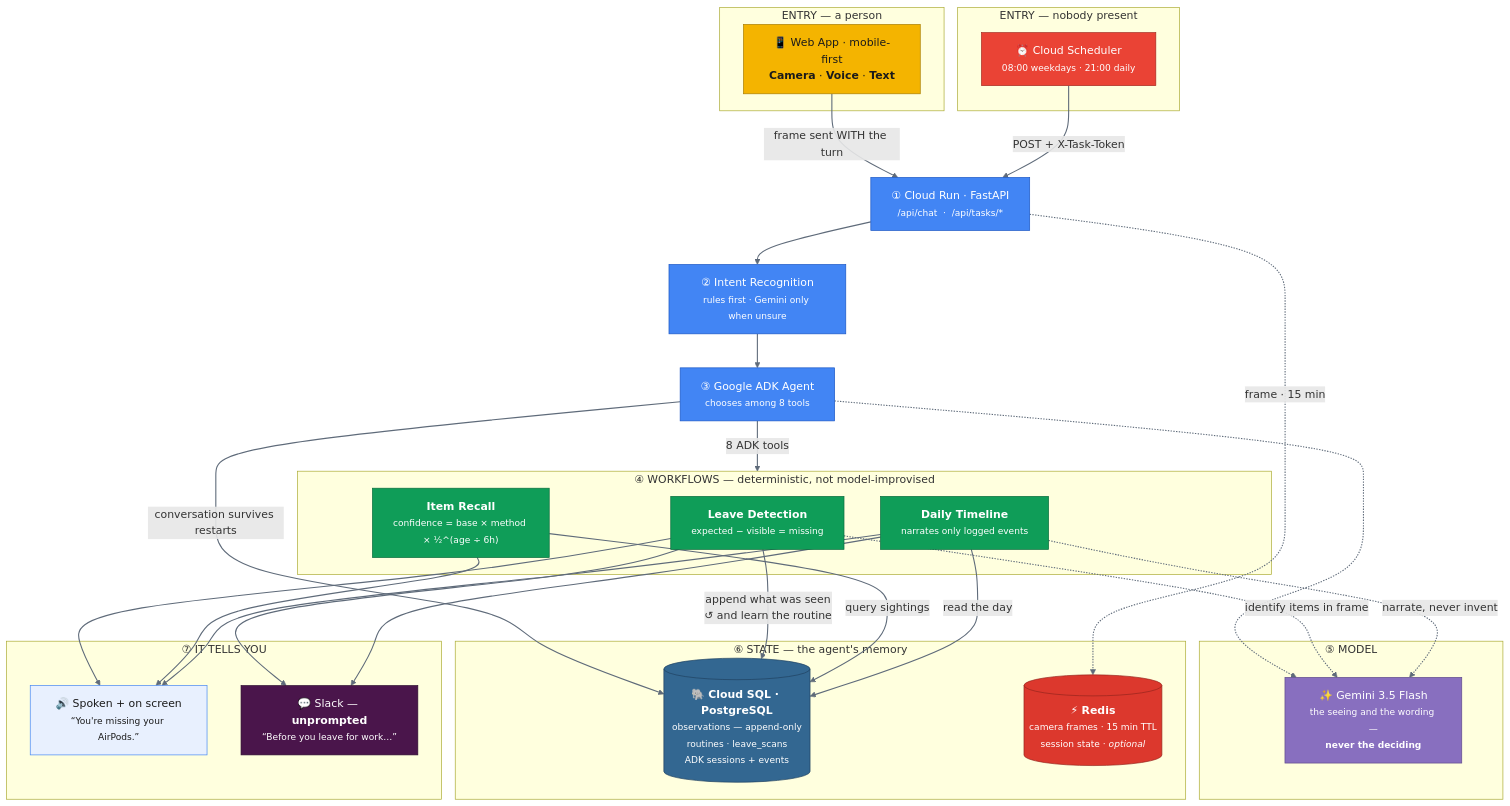
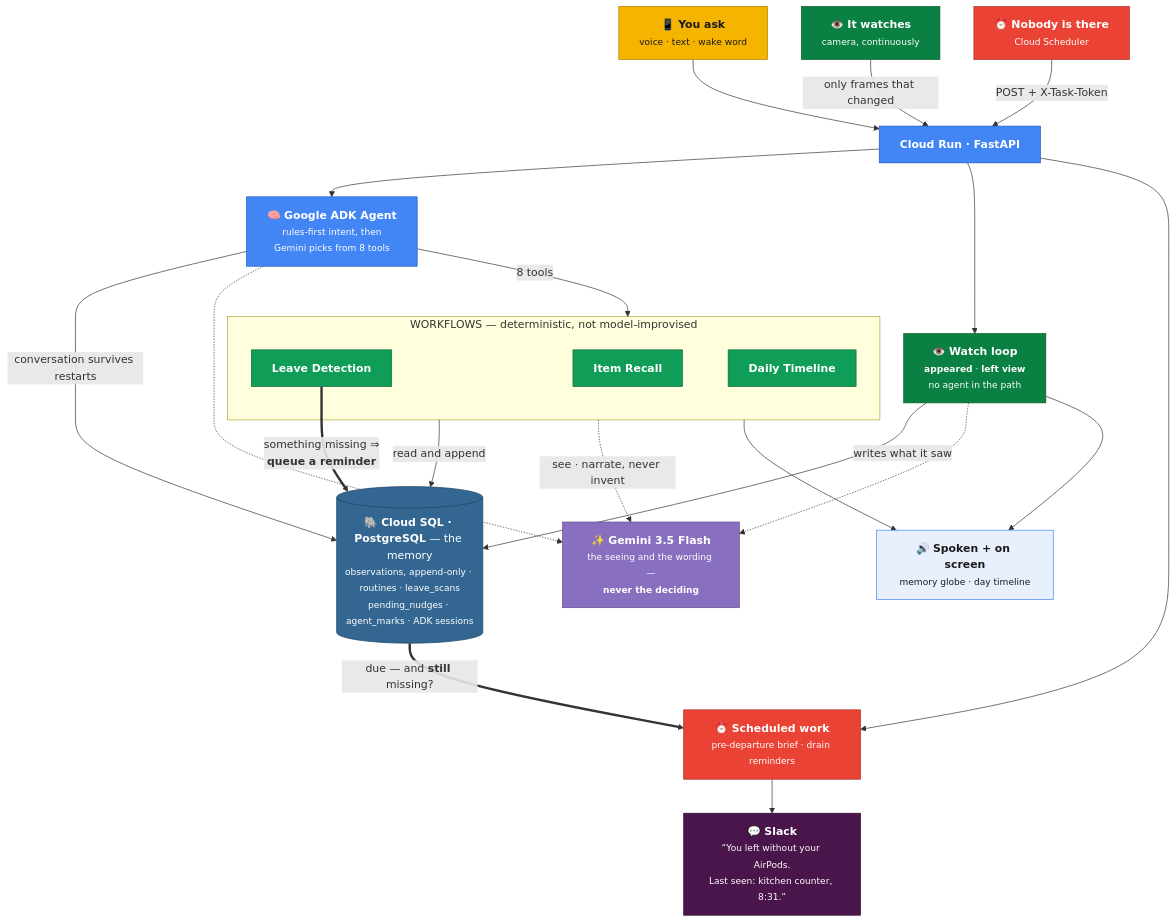
The diagram in docs/architecture.mmd (TheGh0xt/Omnistant), drawn with Mermaid before and after one commit. The commit also changed 5 other files, not shown here.

First line of the commit message:
docs: rewrite the submission and redraw both diagrams for what now exists

```diff
--- a/docs/architecture.mmd
+++ b/docs/architecture.mmd
@@ -1,72 +1,71 @@
 graph TD
-    subgraph IN["ENTRY — a person"]
-        UI["📱 Web App · mobile-first<br/><b>Camera</b> · <b>Voice</b> · <b>Text</b>"]
-    end
-    subgraph AUTO["ENTRY — nobody present"]
-        SCHED["⏰ Cloud Scheduler<br/><small>08:00 weekdays · 21:00 daily</small>"]
+    %% ═══════════ THREE WAYS IN ═══════════
+    UI["📱 <b>You ask</b><br/><small>voice · text · wake word</small>"]
+    CAM["👁️ <b>It watches</b><br/><small>camera, continuously</small>"]
+    SCHED["⏰ <b>Nobody is there</b><br/><small>Cloud Scheduler</small>"]
+
+    API["<b>Cloud Run · FastAPI</b>"]
+
+    %% ═══════════ THREE PATHS ═══════════
+    ADK["🧠 <b>Google ADK Agent</b><br/><small>rules-first intent, then<br/>Gemini picks from 8 tools</small>"]
+    WATCH["👁️ <b>Watch loop</b><br/><small><b>appeared</b> · <b>left view</b><br/>no agent in the path</small>"]
+    TASKS["⏰ <b>Scheduled work</b><br/><small>pre-departure brief · drain reminders</small>"]
+
+    subgraph WF["WORKFLOWS — deterministic, not model-improvised"]
+        W1["<b>Leave Detection</b>"]
+        W2["<b>Item Recall</b>"]
+        W3["<b>Daily Timeline</b>"]
     end
 
-    API["① Cloud Run · FastAPI<br/><small>/api/chat &nbsp;·&nbsp; /api/tasks/*</small>"]
-    INTENT["② Intent Recognition<br/><small>rules first · Gemini only when unsure</small>"]
-    ADK["③ Google ADK Agent<br/><small>chooses among 8 tools</small>"]
+    GEM["✨ <b>Gemini 3.5 Flash</b><br/><small>the seeing and the wording —<br/><b>never the deciding</b></small>"]
 
-    subgraph WF["④ WORKFLOWS — deterministic, not model-improvised"]
-        W1["<b>Leave Detection</b><br/><small>expected − visible = missing</small>"]
-        W2["<b>Item Recall</b><br/><small>confidence = base × method × ½^(age ÷ 6h)</small>"]
-        W3["<b>Daily Timeline</b><br/><small>narrates only logged events</small>"]
-    end
+    PG[("🐘 <b>Cloud SQL · PostgreSQL</b> — the memory<br/><small>observations, append-only · routines · leave_scans<br/>pending_nudges · agent_marks · ADK sessions</small>")]
 
-    subgraph MODEL["⑤ MODEL"]
-        GEM["✨ Gemini 3.5 Flash<br/><small>the seeing and the wording —<br/><b>never the deciding</b></small>"]
-    end
+    SCREEN["🔊 <b>Spoken + on screen</b><br/><small>memory globe · day timeline</small>"]
+    SLACK["💬 <b>Slack</b><br/><small>“You left without your AirPods.<br/>Last seen: kitchen counter, 8:31.”</small>"]
 
-    subgraph STATE["⑥ STATE — the agent's memory"]
-        PG[("🐘 <b>Cloud SQL · PostgreSQL</b><br/><small>observations — append-only<br/>routines · leave_scans<br/>ADK sessions + events</small>")]
-        RD[("⚡ <b>Redis</b><br/><small>camera frames · 15 min TTL<br/>session state · <i>optional</i></small>")]
-    end
+    %% ═══════════ FLOW ═══════════
+    UI    --> API
+    CAM   -->|"only frames that changed"| API
+    SCHED -->|"POST + X-Task-Token"| API
 
-    subgraph OUTPUT["⑦ IT TELLS YOU"]
-        OUT["🔊 Spoken + on screen<br/><small>“You're missing your AirPods.”</small>"]
-        SLACK["💬 Slack — <b>unprompted</b><br/><small>“Before you leave for work…”</small>"]
-    end
+    API --> ADK
+    API --> WATCH
+    API --> TASKS
 
-    UI    -->|"frame sent WITH the turn"| API
-    SCHED -->|"POST + X-Task-Token"| API
-    API   --> INTENT --> ADK
-    API   -.->|"frame · 15 min"| RD
-    ADK   -->|"8 ADK tools"| WF
-    ADK   -->|"conversation survives restarts"| PG
+    ADK -->|"8 tools"| WF
+    WF  -->|"read and append"| PG
+    WATCH -->|"writes what it saw"| PG
+    ADK -->|"conversation survives restarts"| PG
 
-    W1 -->|"append what was seen<br/>↺ and learn the routine"| PG
-    W2 -->|"query sightings"| PG
-    W3 -->|"read the day"| PG
+    W1 ==>|"something missing ⇒<br/><b>queue a reminder</b>"| PG
+    PG ==>|"due — and <b>still</b> missing?"| TASKS
 
-    ADK -.-> GEM
-    W1  -.->|"identify items in frame"| GEM
-    W3  -.->|"narrate, never invent"| GEM
+    ADK   -.-> GEM
+    WATCH -.-> GEM
+    WF    -.->|"see · narrate, never invent"| GEM
 
-    W1 --> OUT
-    W2 --> OUT
-    W3 --> OUT
-    W1 --> SLACK
-    W3 --> SLACK
+    WF    --> SCREEN
+    WATCH --> SCREEN
+    TASKS --> SLACK
 
+    %% ═══════════ STYLE ═══════════
     classDef agent  fill:#4285F4,stroke:#1a56c4,color:#fff
+    classDef watch  fill:#0B8043,stroke:#075c30,color:#fff
     classDef gemini fill:#886FBF,stroke:#5f4a8a,color:#fff
     classDef db     fill:#336791,stroke:#1f4260,color:#fff
-    classDef cache  fill:#DC382D,stroke:#96241c,color:#fff
     classDef cron   fill:#EA4335,stroke:#a52b21,color:#fff
     classDef slack  fill:#4A154B,stroke:#2d0c2e,color:#fff
     classDef flow   fill:#0F9D58,stroke:#0a6c3c,color:#fff
     classDef client fill:#F4B400,stroke:#a87d00,color:#1a1a1a
     classDef out    fill:#E8F0FE,stroke:#4285F4,color:#1a1a1a
-    class API,INTENT,ADK agent
+
+    class API,ADK agent
+    class WATCH,CAM watch
     class GEM gemini
     class PG db
-    class RD cache
-    class SCHED cron
+    class SCHED,TASKS cron
     class SLACK slack
     class W1,W2,W3 flow
     class UI client
-    class OUT out
-    linkStyle default stroke:#5f6b7a,stroke-width:1.6px
+    class SCREEN out
```
